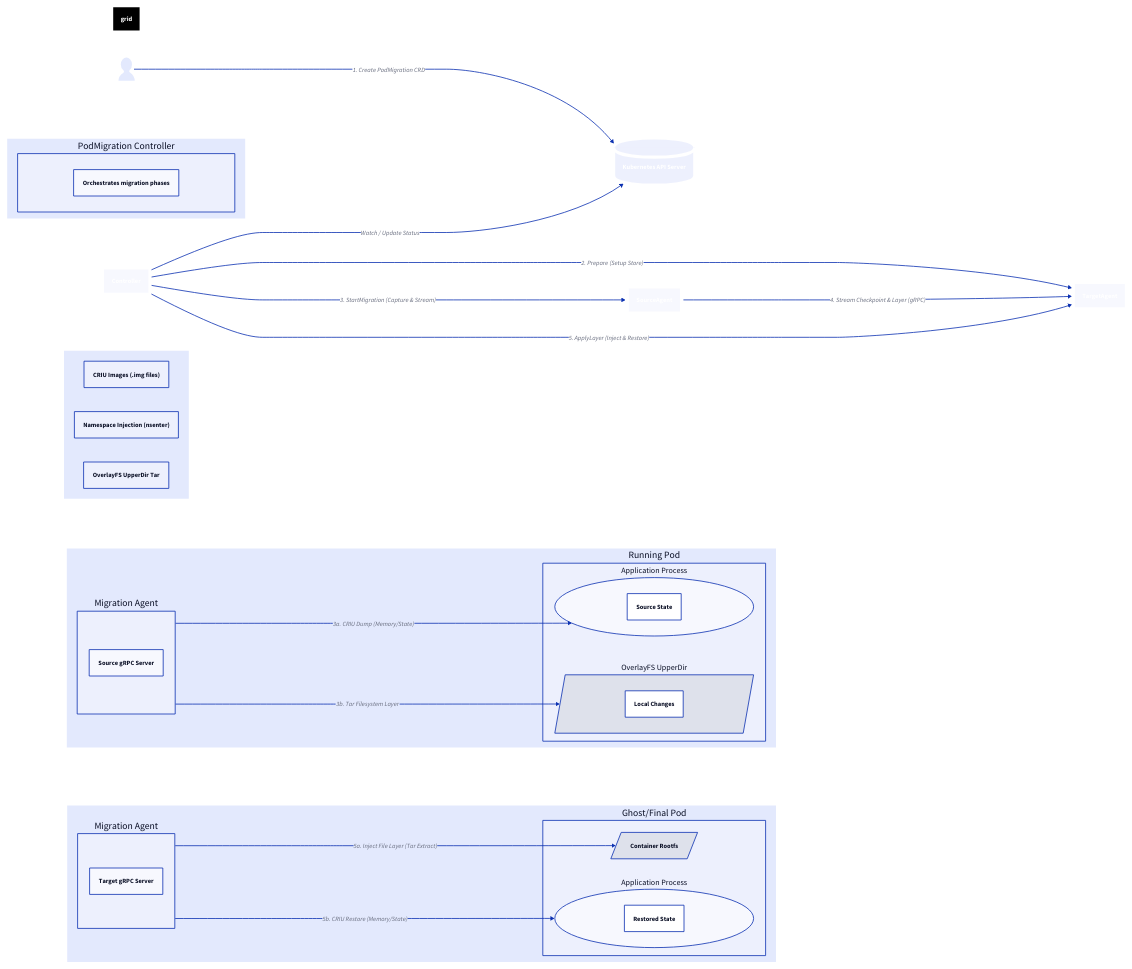
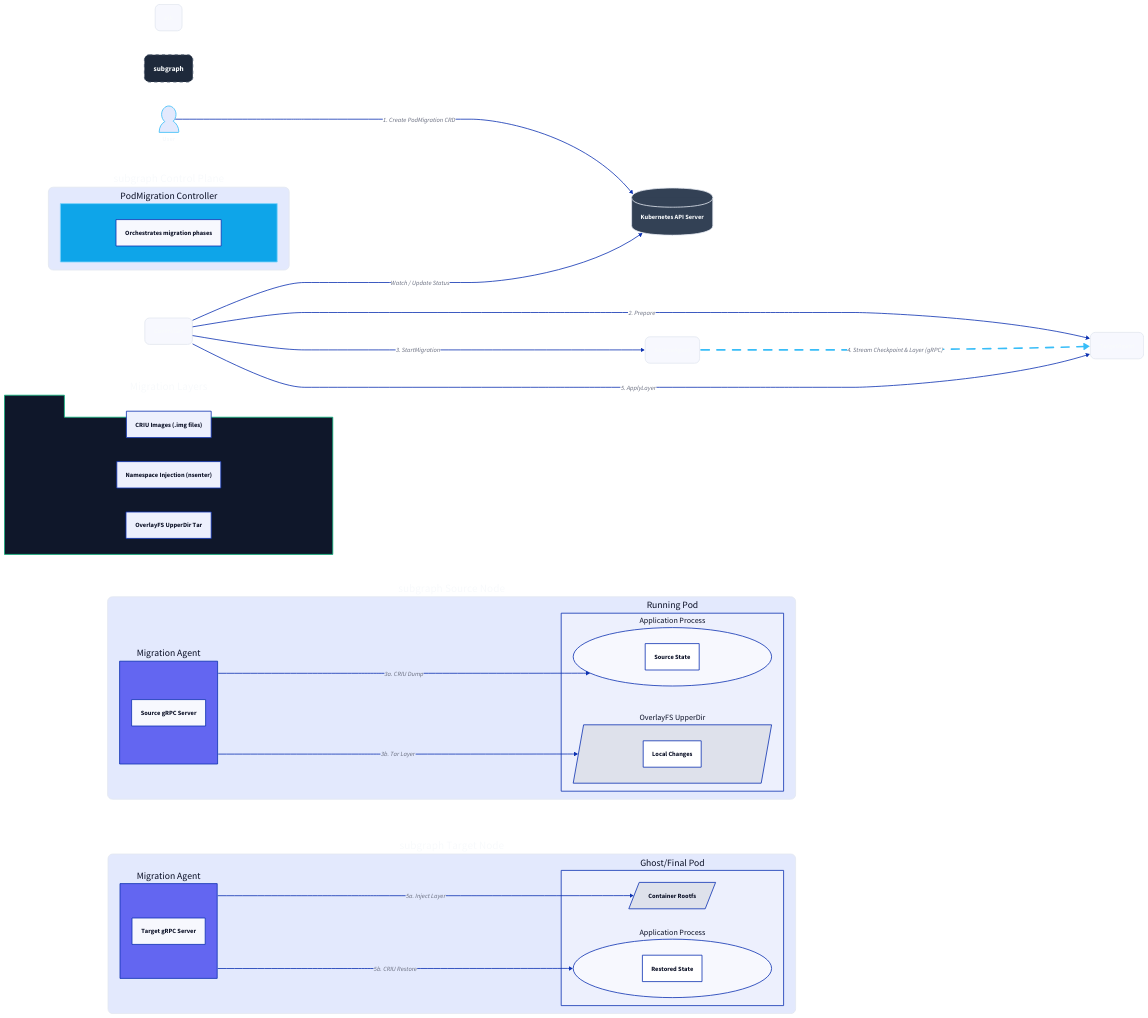
One commit to cloudnexus-io/transporter changed the diagram in architecture.d2. Above: the diagram before and after it, drawn with D2. The commit also changed 1 other file, not shown here.

Commit message:
chore: add architecture diagram

```diff
--- a/architecture.d2
+++ b/architecture.d2
@@ -1,86 +1,112 @@
 direction: right
+layout: elk
+
 vars: {
-  theme: 200
+  theme: 200 # Graphite / Dark
 }
 
+# Global Sleek Styling
 *.style: {
-  stroke-width: 8
-  stroke: "#FFFFFF"
-  font-color: "#FFFFFF"
+  stroke-width: 2
+  stroke: "#E2E8F0" # Soft White/Blue
+  font-color: "#F8FAFC"
+  border-radius: 12 # Smooth rounded corners
 }
 
-grid: {
-  style: {
-    fill: "#000000"
-  }
+# Container styling for depth
+subgraph.style: {
+  stroke: "#475569"
+  fill: "#1E293B" # Dark Slate background for sections
+  stroke-dash: 4
+  font-size: 18
 }
 
 User: User {
   shape: person
+  style: { stroke: "#38BDF8"; stroke-width: 2 } # Cyan accent
 }
 
 K8s: Kubernetes API Server {
   shape: cylinder
+  style: { fill: "#334155" }
 }
 
 User -> K8s: 1. Create PodMigration CRD
 
 subgraph Control Plane {
   Controller: PodMigration Controller {
     shape: square
     description: "Orchestrates migration phases"
+    style: { fill: "#0EA5E9"; stroke: "#7DD3FC" } # Blue accent
   }
 }
 
 Controller -> K8s: Watch / Update Status
 
 subgraph Source Node {
   SourceAgent: Migration Agent {
     description: "Source gRPC Server"
+    style: { fill: "#6366F1" } # Indigo accent
   }
-  
+
   SourcePod: Running Pod {
     Process: Application Process {
       shape: circle
       description: "Source State"
     }
     Filesystem: OverlayFS UpperDir {
       shape: parallelogram
       description: "Local Changes"
     }
   }
 
-  SourceAgent -> SourcePod.Process: 3a. CRIU Dump (Memory/State)
-  SourceAgent -> SourcePod.Filesystem: 3b. Tar Filesystem Layer
+  SourceAgent -> SourcePod.Process: 3a. CRIU Dump
+  SourceAgent -> SourcePod.Filesystem: 3b. Tar Layer
 }
 
 subgraph Target Node {
   TargetAgent: Migration Agent {
     description: "Target gRPC Server"
+    style: { fill: "#6366F1" }
   }
-  
+
   GhostPod: Ghost/Final Pod {
     RestoredProcess: Application Process {
       shape: circle
       description: "Restored State"
     }
     TargetFS: Container Rootfs {
       shape: parallelogram
     }
   }
 
-  TargetAgent -> GhostPod.TargetFS: 5a. Inject File Layer (Tar Extract)
-  TargetAgent -> GhostPod.RestoredProcess: 5b. CRIU Restore (Memory/State)
+  TargetAgent -> GhostPod.TargetFS: 5a. Inject Layer
+  TargetAgent -> GhostPod.RestoredProcess: 5b. CRIU Restore
 }
 
-Controller -> TargetAgent: 2. Prepare (Setup Store)
-Controller -> SourceAgent: 3. StartMigration (Capture & Stream)
-SourceAgent -> TargetAgent: 4. Stream Checkpoint & Layer (gRPC)
-Controller -> TargetAgent: 5. ApplyLayer (Inject & Restore)
+# Logic Flow Connections
+Controller -> TargetAgent: 2. Prepare
+Controller -> SourceAgent: 3. StartMigration
+
+# The Hero Migration Path
+SourceAgent -> TargetAgent: 4. Stream Checkpoint & Layer (gRPC) {
+  style: {
+    stroke: "#38BDF8"
+    stroke-width: 4
+    animated: true
+  }
+}
+
+Controller -> TargetAgent: 5. ApplyLayer
 
 # Highlighting specific migration types
 legend: Migration Layers {
+  shape: package
+  style: {
+    fill: "#0F172A"
+    stroke: "#10B981" # Green accent
+  }
   Memory: "CRIU Images (.img files)"
   Process: "Namespace Injection (nsenter)"
   FileLayer: "OverlayFS UpperDir Tar"
 }
```
